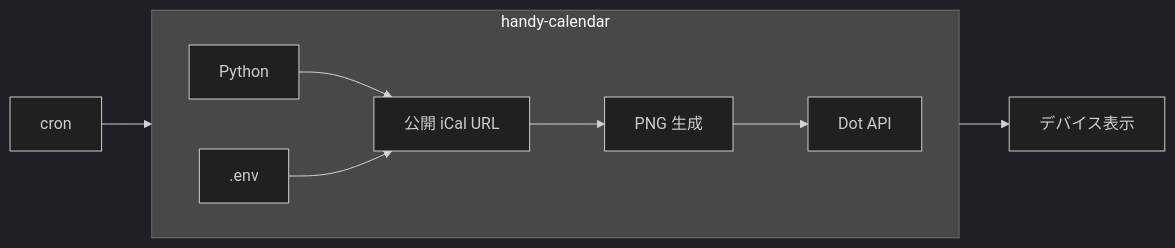
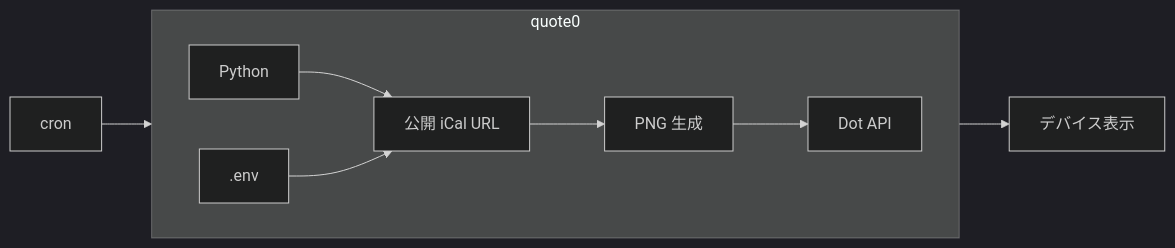
Before and after one commit to ryofujimotox/quote0: the diagram in README.md, drawn with Mermaid (dark theme). The commit also changed other lines of this file and 26 other files, not shown here.

````diff
--- a/README.md
+++ b/README.md
@@ -18,13 +18,13 @@
 ```mermaid
 flowchart LR
   cron["cron"] --> batch
   batch --> device["デバイス表示"]
 
-  subgraph batch["handy-calendar"]
+  subgraph batch["quote0"]
     direction LR
     python["Python"] --> ical["公開 iCal URL"]
     env[".env"] --> ical
     ical --> png["PNG 生成"]
     png --> dot["Dot API"]
   end
 ```
````
